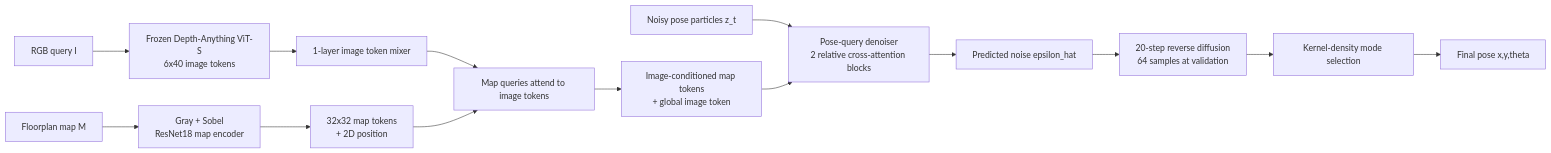
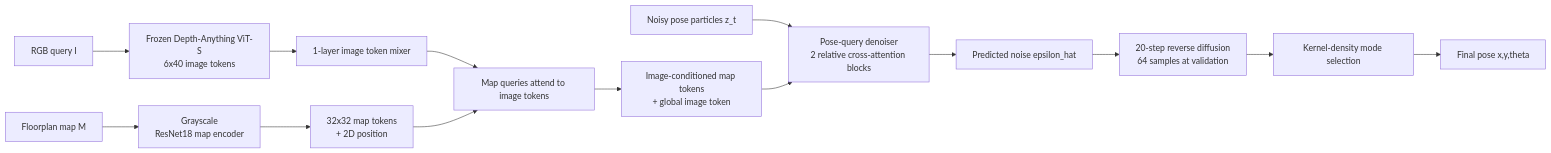
One commit to CSU-HERO-Lab/CF2Loc changed the diagram in docs/POSE_QUERY_DIFFUSION_METHOD_ZH.md. Above: the diagram before and after it, drawn with Mermaid. The commit also changed other lines of this file and 16 other files, not shown here.

````diff
--- a/docs/POSE_QUERY_DIFFUSION_METHOD_ZH.md
+++ b/docs/POSE_QUERY_DIFFUSION_METHOD_ZH.md
@@ -72,16 +72,16 @@
 ```mermaid
 flowchart LR
   I["RGB query I"] --> IE["Frozen Depth-Anything ViT-S\n6x40 image tokens"]
   IE --> IM["1-layer image token mixer"]
-  M["Floorplan map M"] --> ME["Gray + Sobel\nResNet18 map encoder"]
+  M["Floorplan map M"] --> ME["Grayscale\nResNet18 map encoder"]
   ME --> MP["32x32 map tokens\n+ 2D position"]
   IM --> F["Map queries attend to image tokens"]
   MP --> F
   F --> C["Image-conditioned map tokens\n+ global image token"]
   N["Noisy pose particles z_t"] --> D["Pose-query denoiser\n2 relative cross-attention blocks"]
   C --> D
   D --> E["Predicted noise epsilon_hat"]
   E --> S["20-step reverse diffusion\n64 samples at validation"]
   S --> MS["Kernel-density mode selection"]
   MS --> P["Final pose x,y,theta"]
 ```
````
